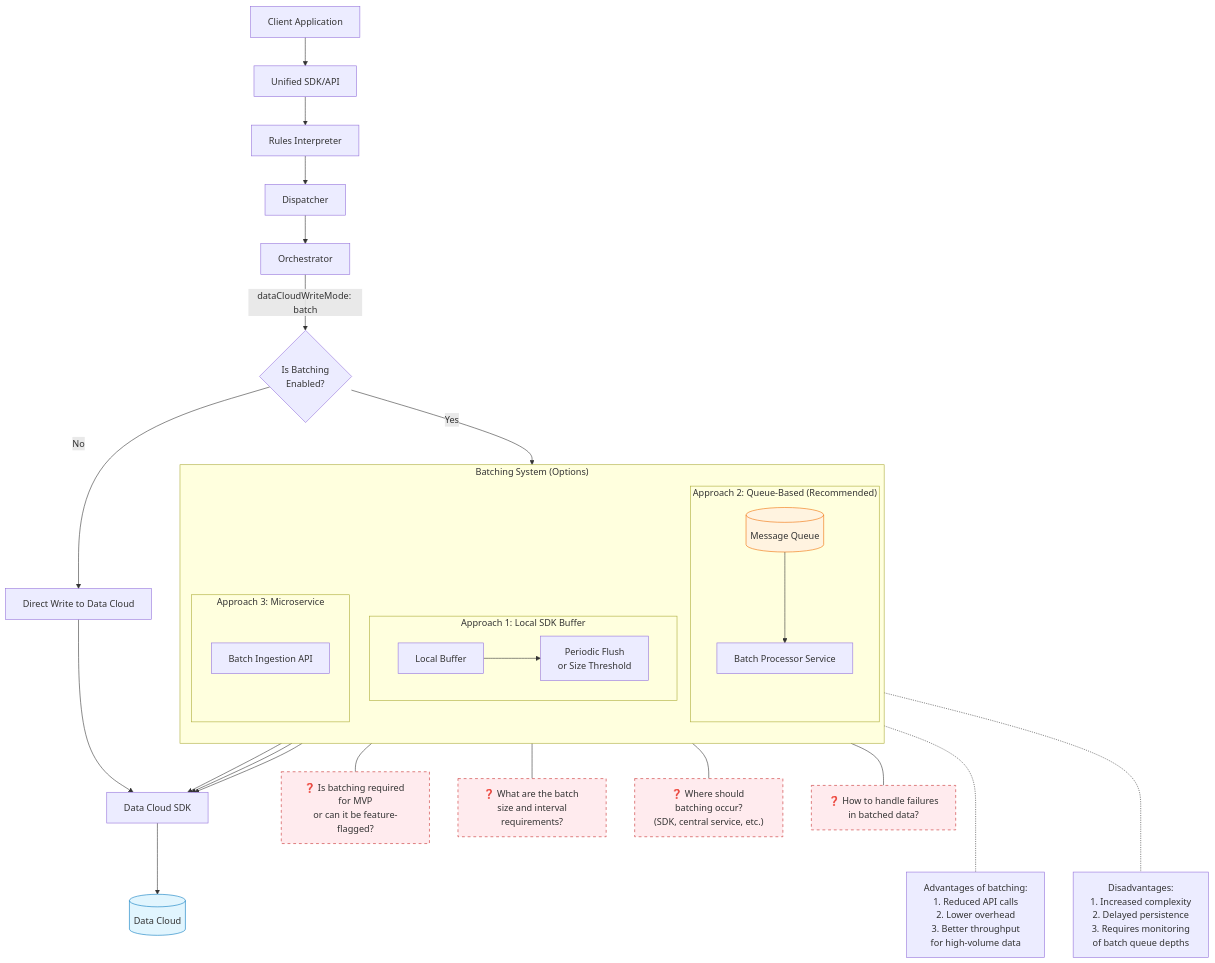
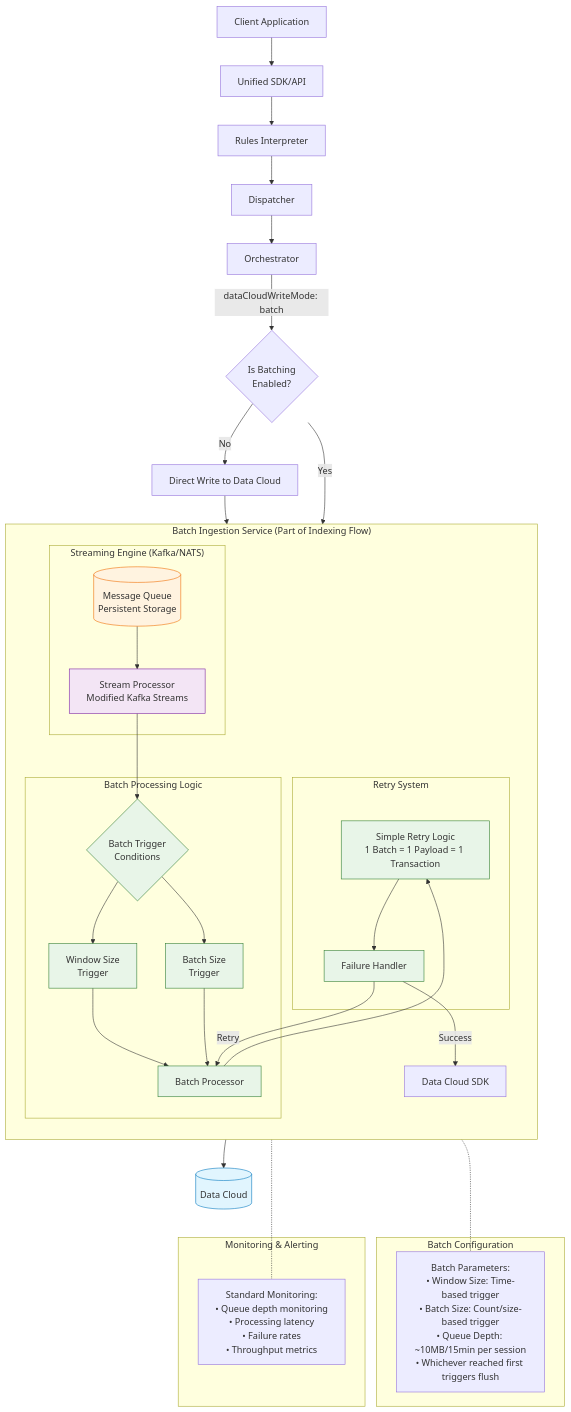
Before and after one commit to Zuzuna54/CereDesignTask: the diagram in docs/diagrams/6_batch_mode.mmd, drawn with Mermaid. The commit also changed 6 other files, not shown here.

Commit message:
updated batching, error handling and migration diagrams and corresponding documentation, added ai development guide

```diff
--- a/docs/diagrams/6_batch_mode.mmd
+++ b/docs/diagrams/6_batch_mode.mmd
@@ -1,65 +1,72 @@
-
 flowchart TD
     classDef component fill:#f9f9f9,stroke:#333,stroke-width:1px
     classDef storage fill:#e1f5fe,stroke:#0277bd,stroke-width:1px
     classDef queue fill:#fff3e0,stroke:#ef6c00,stroke-width:1px
-    classDef question fill:#ffebee,stroke:#c62828,stroke-width:1px,stroke-dasharray: 5 5
+    classDef service fill:#e8f5e8,stroke:#2e7d32,stroke-width:1px
+    classDef streaming fill:#f3e5f5,stroke:#7b1fa2,stroke-width:1px
     
     %% Main Flow
     Client[Client Application] --> UnifiedSDK
     UnifiedSDK["Unified SDK/API"] --> RulesInterpreter
     RulesInterpreter[Rules Interpreter] --> Dispatcher
     Dispatcher[Dispatcher] --> Orchestrator
     
-    %% Batch Flow
+    %% Batch Flow Decision
     Orchestrator[Orchestrator] -->|"dataCloudWriteMode: batch"| BatchDecision{Is Batching<br>Enabled?}
-    BatchDecision -->|Yes| BatchingSystem
+    BatchDecision -->|Yes| BatchIngestionService
     BatchDecision -->|No| DirectWrite
     
-    %% Batch Components
-    subgraph BatchingSystem["Batching System (Options)"]
+    %% Batch Ingestion Service (Separate Service)
+    subgraph BatchIngestionService["Batch Ingestion Service (Part of Indexing Flow)"]
         direction TB
         
-        subgraph Approach1["Approach 1: Local SDK Buffer"]
-            LocalBuffer[Local Buffer] --> FlushTimer[Periodic Flush<br>or Size Threshold]
+        %% Streaming Engine with Persistence
+        subgraph StreamingEngine["Streaming Engine (Kafka/NATS)"]
+            MessageQueue[(Message Queue<br>Persistent Storage)]:::queue
+            StreamProcessor[Stream Processor<br>Modified Kafka Streams]:::streaming
         end
         
-        subgraph Approach2["Approach 2: Queue-Based (Recommended)"]
-            MessageQueue[(Message Queue)]:::queue
-            BatchProcessor[Batch Processor Service]
-            MessageQueue --> BatchProcessor
+        %% Batch Processing Logic
+        subgraph BatchLogic["Batch Processing Logic"]
+            BatchTrigger{Batch Trigger<br>Conditions}:::service
+            WindowSize[Window Size<br>Trigger]:::service
+            BatchSize[Batch Size<br>Trigger]:::service
+            BatchProcessor[Batch Processor]:::service
         end
         
-        subgraph Approach3["Approach 3: Microservice"]
-            BatchAPI[Batch Ingestion API]
+        %% Retry Mechanism
+        subgraph RetrySystem["Retry System"]
+            RetryLogic[Simple Retry Logic<br>1 Batch = 1 Payload = 1 Transaction]:::service
+            FailureHandler[Failure Handler]:::service
         end
+        
+        %% Flow within service
+        MessageQueue --> StreamProcessor
+        StreamProcessor --> BatchTrigger
+        BatchTrigger --> WindowSize
+        BatchTrigger --> BatchSize
+        WindowSize --> BatchProcessor
+        BatchSize --> BatchProcessor
+        BatchProcessor --> RetryLogic
+        RetryLogic --> FailureHandler
+        FailureHandler -->|Retry| BatchProcessor
+        FailureHandler -->|Success| DataCloudSDK
     end
     
-    %% Direct Write
+    %% Direct Write Path
     DirectWrite[Direct Write to Data Cloud] --> DataCloudSDK
     
-    %% Final Destinations
+    %% Final Destination
     DataCloudSDK[Data Cloud SDK] --> DataCloud[(Data Cloud)]:::storage
     
-    %% Batch Connections
-    Approach1 --> DataCloudSDK
-    BatchProcessor --> DataCloudSDK
-    BatchAPI --> DataCloudSDK
+    %% Configuration & Monitoring
+    subgraph Configuration["Batch Configuration"]
+        BatchConfig[Batch Parameters:<br>• Window Size: Time-based trigger<br>• Batch Size: Count/size-based trigger<br>• Queue Depth: ~10MB/15min per session<br>• Whichever reached first triggers flush]
+    end
     
-    %% Questions
-    BatchQ1["❓ Is batching required for MVP<br>or can it be feature-flagged?"]:::question
-    BatchQ2["❓ What are the batch size and interval<br>requirements?"]:::question
-    BatchQ3["❓ Where should batching occur?<br>(SDK, central service, etc.)"]:::question
-    BatchQ4["❓ How to handle failures<br>in batched data?"]:::question
+    subgraph Monitoring["Monitoring & Alerting"]
+        BatchMonitoring[Standard Monitoring:<br>• Queue depth monitoring<br>• Processing latency<br>• Failure rates<br>• Throughput metrics]
+    end
     
-    BatchingSystem --- BatchQ1
-    BatchingSystem --- BatchQ2
-    BatchingSystem --- BatchQ3
-    BatchingSystem --- BatchQ4
-    
-    %% Notes
-    BatchAdv[Advantages of batching:<br>1. Reduced API calls<br>2. Lower overhead<br>3. Better throughput<br>for high-volume data]
-    BatchDis[Disadvantages:<br>1. Increased complexity<br>2. Delayed persistence<br>3. Requires monitoring<br>of batch queue depths]
-    
-    BatchingSystem -..- BatchAdv
-    BatchingSystem -..- BatchDis
+    BatchIngestionService -..- BatchConfig
+    BatchIngestionService -..- BatchMonitoring
```
